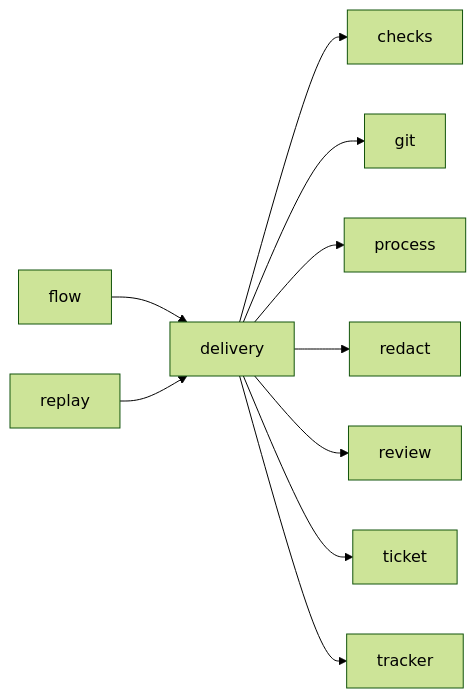
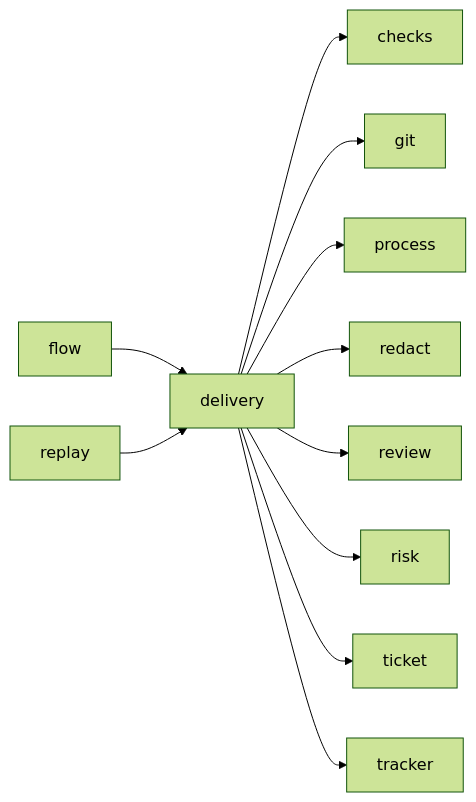
Before and after one commit to plaplanche/ariane: the third of 3 diagrams in docs/architecture/modules/delivery.md, drawn with Mermaid (forest theme). The commit also changed other lines of this file and 29 other files, not shown here.

````diff
--- a/docs/architecture/modules/delivery.md
+++ b/docs/architecture/modules/delivery.md
@@ -87,12 +88,13 @@
 ```mermaid
 flowchart LR
   delivery --> checks
   delivery --> git
   delivery --> process
   delivery --> redact
   delivery --> review
+  delivery --> risk
   delivery --> ticket
   delivery --> tracker
   flow --> delivery
   replay --> delivery
 ```
````
